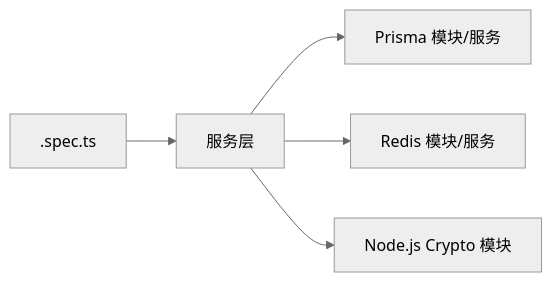
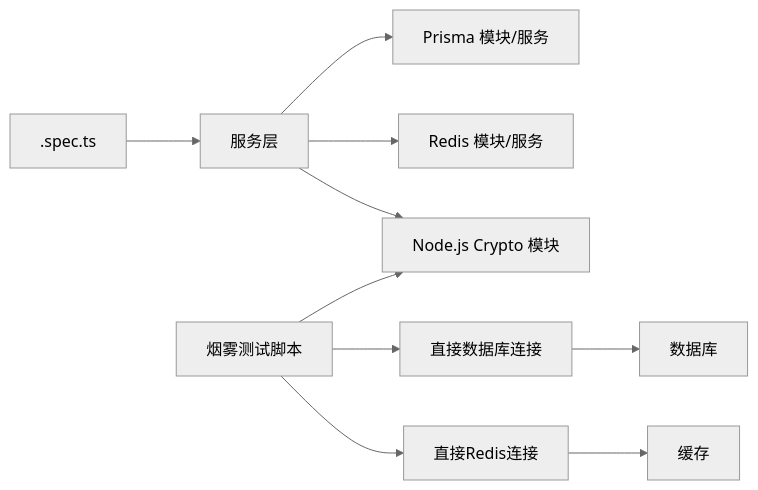
One commit to rc558620/purelyprofit-server changed diagram 11 of 12 in .qoder/repowiki/zh/content/测试策略/测试策略.md. Above: the diagram before and after it, drawn with Mermaid (neutral theme). The commit also changed other lines of this file and 26 other files, not shown here.

````diff
--- a/.qoder/repowiki/zh/content/测试策略/测试策略.md
+++ b/.qoder/repowiki/zh/content/测试策略/测试策略.md
@@ -339,7 +425,12 @@
 ```mermaid
 graph LR
 Spec[".spec.ts"] --> Svc["服务层"]
 Svc --> Prisma["Prisma 模块/服务"]
 Svc --> Redis["Redis 模块/服务"]
 Svc --> Crypto["Node.js Crypto 模块"]
+Smoke["烟雾测试脚本"] --> DirectDB["直接数据库连接"]
+Smoke --> DirectRedis["直接Redis连接"]
+Smoke --> Crypto
+DirectDB --> DB["数据库"]
+DirectRedis --> Cache["缓存"]
 ```
````
